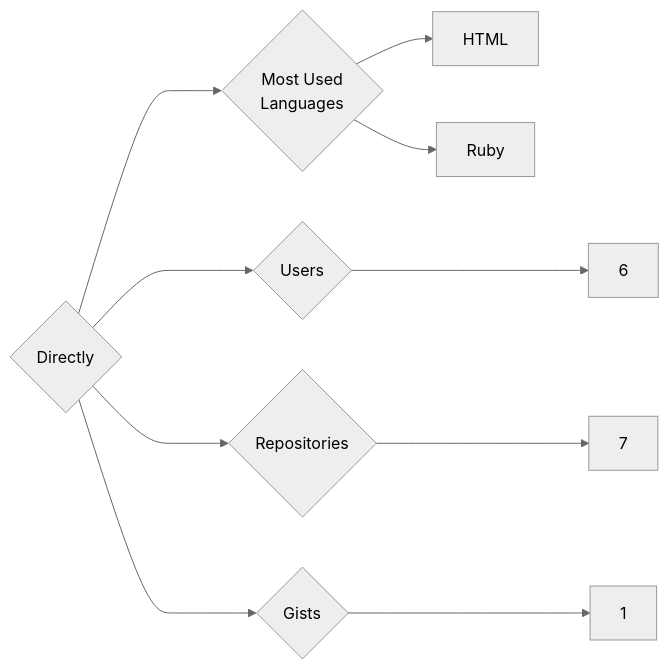
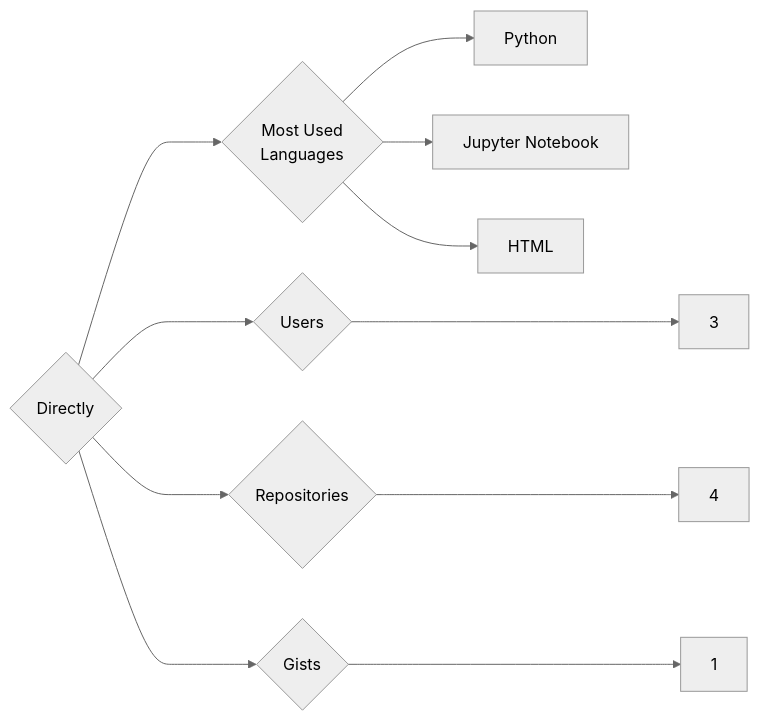
The diagram in targets/Directly/README.md (trickest/insiders), drawn with Mermaid (neutral theme) before and after one commit. The commit also changed 1167 other files, not shown here.

````diff
--- a/targets/Directly/README.md
+++ b/targets/Directly/README.md
@@ -3,10 +3,11 @@
 ```mermaid
 graph LR
 COMPANY_NAME{Directly}
-COMPANY_NAME ---> U{Users} ---> UN[6]
-COMPANY_NAME ---> R{Repositories} ---> RN[7]
+COMPANY_NAME ---> U{Users} ---> UN[3]
+COMPANY_NAME ---> R{Repositories} ---> RN[4]
 COMPANY_NAME ---> G{Gists} ---> GN[1]
 COMPANY_NAME ---> ML{Most Used<br>Languages}
+ML --> Python[Python]
+ML --> Jupyter_Notebook[Jupyter Notebook]
 ML --> HTML[HTML]
-ML --> Ruby[Ruby]
 ```
````
